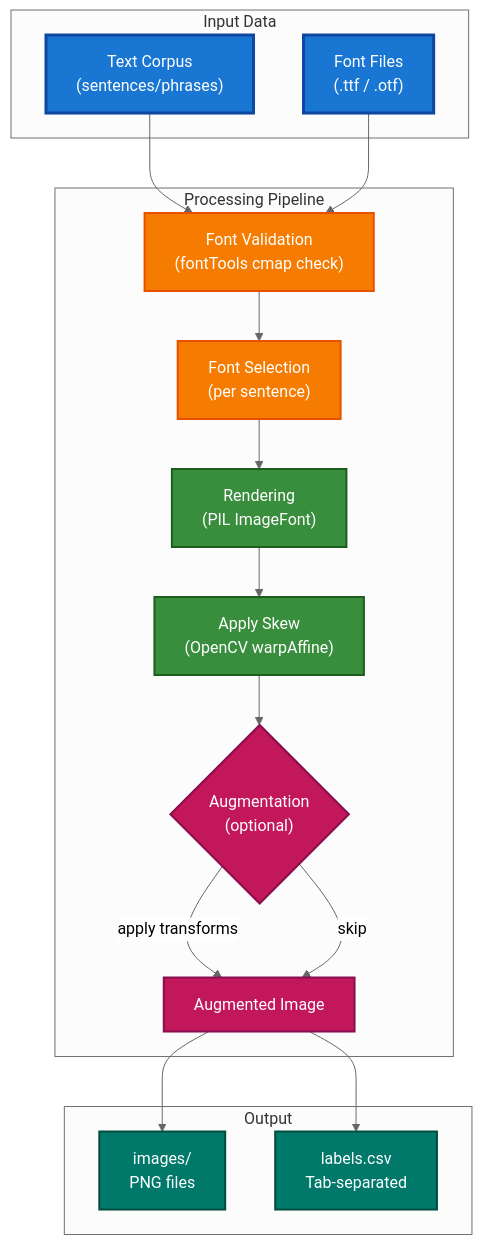
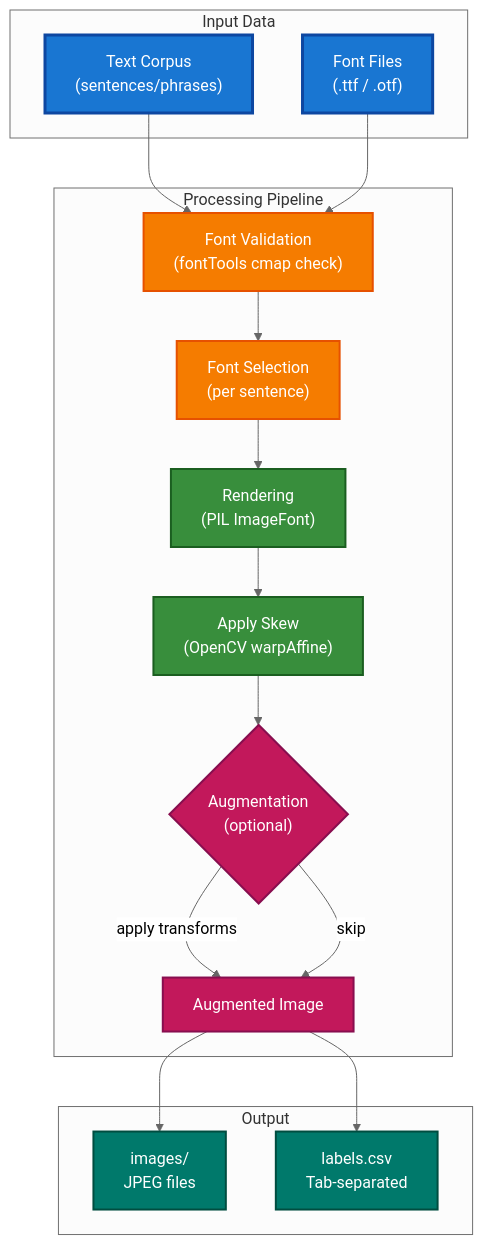
One commit to ValeriiSielikhov/ukrainian-handwriting-synth changed the second of 2 diagrams in README.md. Above: the diagram before and after it, drawn with Mermaid (neutral theme). The commit also changed other lines of this file and 1 other file, not shown here.

````diff
--- a/README.md
+++ b/README.md
@@ -96,42 +97,42 @@
 ```mermaid
 ---
 config:
   layout: dagre
 ---
 flowchart TD
     classDef input fill:#1976d2,stroke:#0d47a1,stroke-width:3px,color:#fff
     classDef process fill:#f57c00,stroke:#e65100,stroke-width:2px,color:#fff
     classDef render fill:#388e3c,stroke:#1b5e20,stroke-width:2px,color:#fff
     classDef augment fill:#c2185b,stroke:#880e4f,stroke-width:2px,color:#fff
     classDef output fill:#00796b,stroke:#004d40,stroke-width:2px,color:#fff
 
     subgraph Input["Input Data"]
         Text["Text Corpus<br/>(sentences/phrases)"]:::input
         FontDir["Font Files<br/>(.ttf / .otf)"]:::input
     end
 
     subgraph Processing["Processing Pipeline"]
         Validation["Font Validation<br/>(fontTools cmap check)"]:::process
         Selection["Font Selection<br/>(per sentence)"]:::process
         Render["Rendering<br/>(PIL ImageFont)"]:::render
         Skew["Apply Skew<br/>(OpenCV warpAffine)"]:::render
         Augment{"Augmentation<br/>(optional)"}:::augment
         AugOut["Augmented Image"]:::augment
     end
 
     subgraph Output["Output"]
-        Images["images/<br/>PNG files"]:::output
+        Images["images/<br/>JPEG files"]:::output
         Labels["labels.csv<br/>Tab-separated"]:::output
     end
 
     Text --> Validation
     FontDir --> Validation
     Validation --> Selection
     Selection --> Render
     Render --> Skew
     Skew --> Augment
     Augment -->|"apply transforms"| AugOut
     Augment -->|"skip"| AugOut
     AugOut --> Images
     AugOut --> Labels
 ```
````
